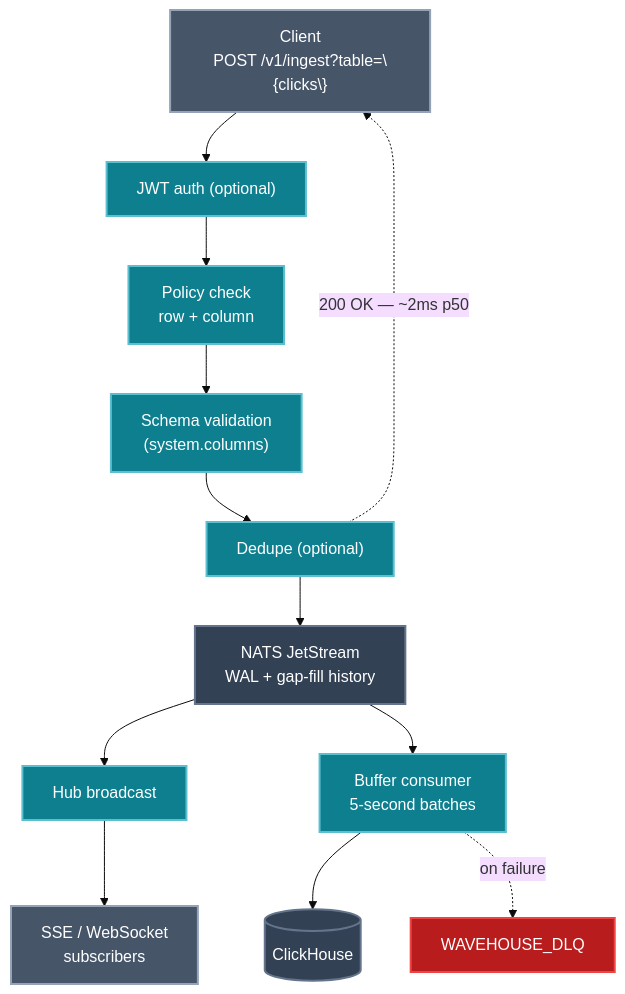
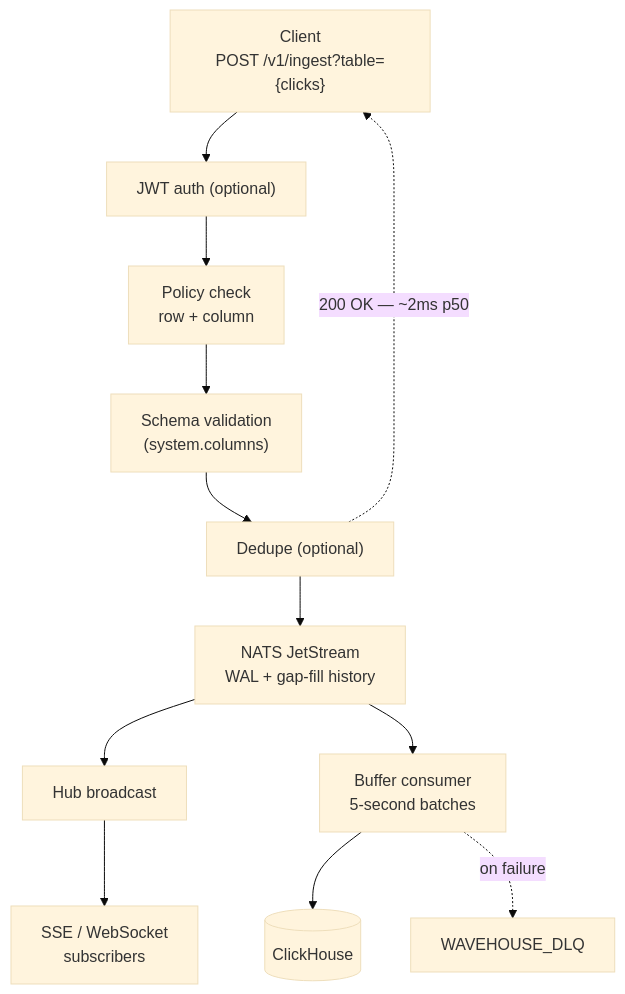
The sixth of 7 diagrams in docs/src/content/docs/why-wavehouse.md (Wave-RF/WaveHouse), drawn with Mermaid (base theme) before and after one commit. The commit also changed other lines of this file and 7 other files, not shown here.

Commit message:
prettier mermaid diagrams

````diff
--- a/docs/src/content/docs/why-wavehouse.md
+++ b/docs/src/content/docs/why-wavehouse.md
@@ -220,22 +206,17 @@
 ```mermaid
 flowchart TB
-    classDef client fill:#475569,stroke:#94a3b8,color:#fff,stroke-width:2px
-    classDef wh fill:#0e7f8f,stroke:#5bbfcf,color:#fff,stroke-width:2px
-    classDef store fill:#334155,stroke:#64748b,color:#fff,stroke-width:2px
-    classDef fail fill:#b91c1c,stroke:#ef4444,color:#fff,stroke-width:2px
-
-    C["Client<br/>POST /v1/ingest?table=\{clicks\}"]:::client
+    C["Client<br/>POST /v1/ingest?table={clicks}"]:::client
     C --> AUTH["JWT auth (optional)"]:::wh
     AUTH --> POL["Policy check<br/>row + column"]:::wh
     POL --> VAL["Schema validation<br/>(system.columns)"]:::wh
     VAL --> DD["Dedupe (optional)"]:::wh
     DD --> NATS["NATS JetStream<br/>WAL + gap-fill history"]:::store
     DD -. "200 OK — ~2ms p50" .-> C
 
     NATS --> HUB["Hub broadcast"]:::wh
     HUB --> RT["SSE / WebSocket<br/>subscribers"]:::client
 
     NATS --> BC["Buffer consumer<br/>5-second batches"]:::wh
     BC --> CH[("ClickHouse")]:::store
     BC -. "on failure" .-> DLQ["WAVEHOUSE_DLQ"]:::fail
 ```
````
